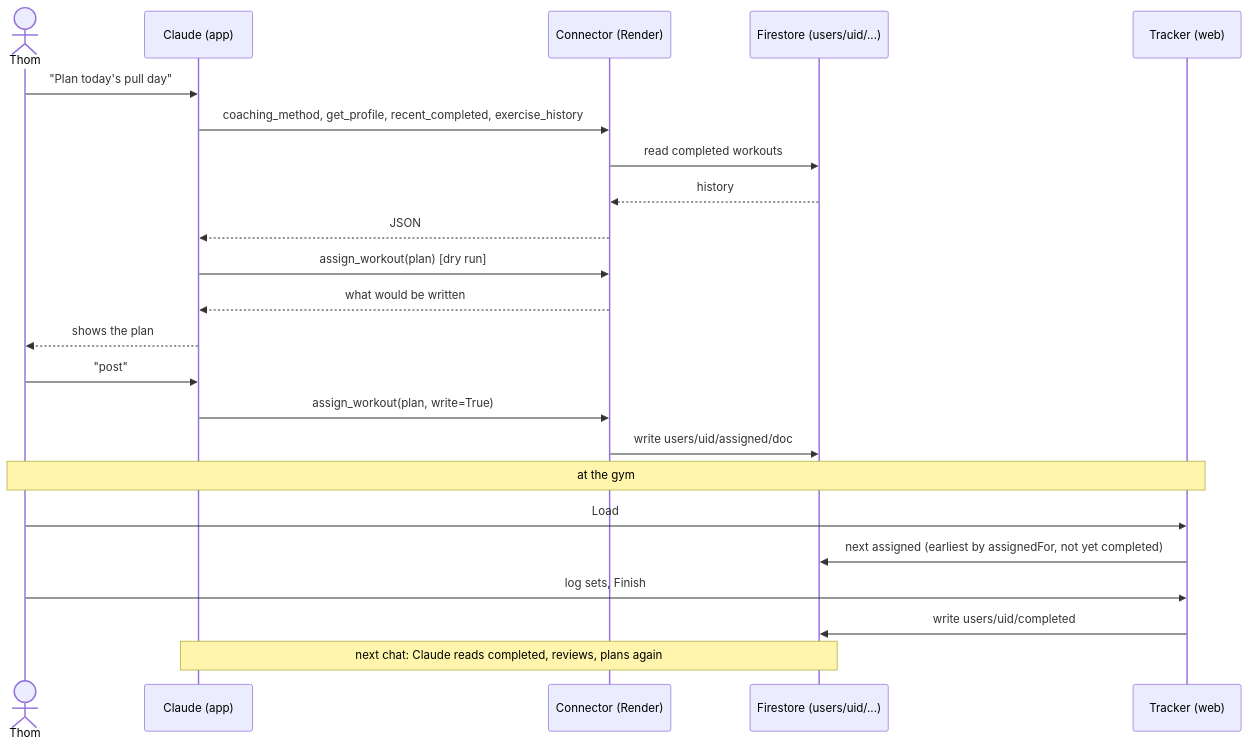
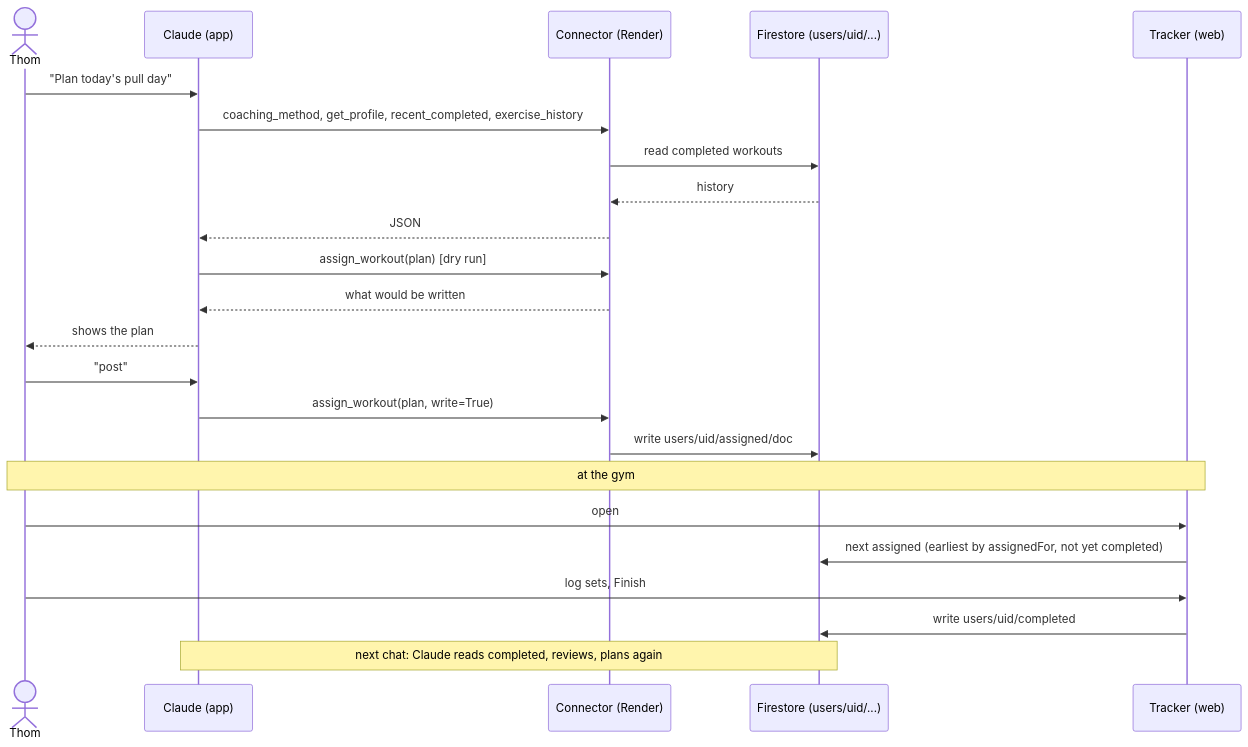
One commit to CoachThomLamb/wilo_ai changed the second of 3 diagrams in docs/infrastructure-and-rebuild.md. Above: the diagram before and after it, drawn with Mermaid. The commit also changed other lines of this file and 6 other files, not shown here.

First line of the commit message:
Tracker: ‹ › timeline through done and planned workouts, replaces Load

````diff
--- a/docs/infrastructure-and-rebuild.md
+++ b/docs/infrastructure-and-rebuild.md
@@ -75,26 +75,26 @@
 ```mermaid
 sequenceDiagram
     actor T as Thom
     participant C as Claude (app)
     participant S as Connector (Render)
     participant F as Firestore (users/uid/...)
     participant W as Tracker (web)
 
     T->>C: "Plan today's pull day"
     C->>S: coaching_method, get_profile, recent_completed, exercise_history
     S->>F: read completed workouts
     F-->>S: history
     S-->>C: JSON
     C->>S: assign_workout(plan)  [dry run]
     S-->>C: what would be written
     C-->>T: shows the plan
     T->>C: "post"
     C->>S: assign_workout(plan, write=True)
     S->>F: write users/uid/assigned/doc
     Note over T,W: at the gym
-    T->>W: Load
+    T->>W: open
     W->>F: next assigned (earliest by assignedFor, not yet completed)
     T->>W: log sets, Finish
     W->>F: write users/uid/completed
     Note over C,F: next chat: Claude reads completed, reviews, plans again
 ```
````
